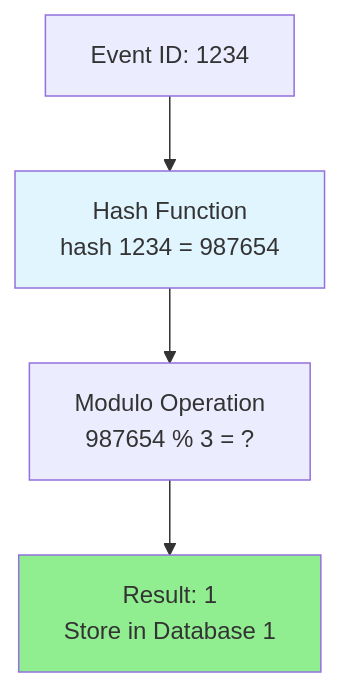
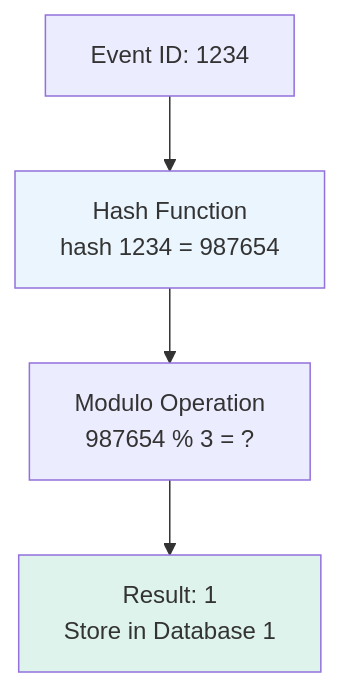
The fifth of 34 diagrams in LLD/CoreConcepts/ConsistentHashing.md (cartmancodes/InterviewVault), drawn with Mermaid before and after one commit. The commit also changed other lines of this file and 679 other files, not shown here.

Commit message:
Unify content diagrams and add accessible visual walkthroughs

````diff
--- a/LLD/CoreConcepts/ConsistentHashing.md
+++ b/LLD/CoreConcepts/ConsistentHashing.md
@@ -122,11 +122,11 @@
 ```mermaid
 graph TB
     EVENT[Event ID: 1234]
     
     EVENT --> HASH[Hash Function<br/>hash 1234 = 987654]
     HASH --> MODULO[Modulo Operation<br/>987654 % 3 = ?]
     MODULO --> RESULT[Result: 1<br/>Store in Database 1]
     
-    style HASH fill:#e1f5ff
-    style RESULT fill:#90EE90
+    style HASH fill:#EAF5FD
+    style RESULT fill:#DDF3EC
 ```
````
